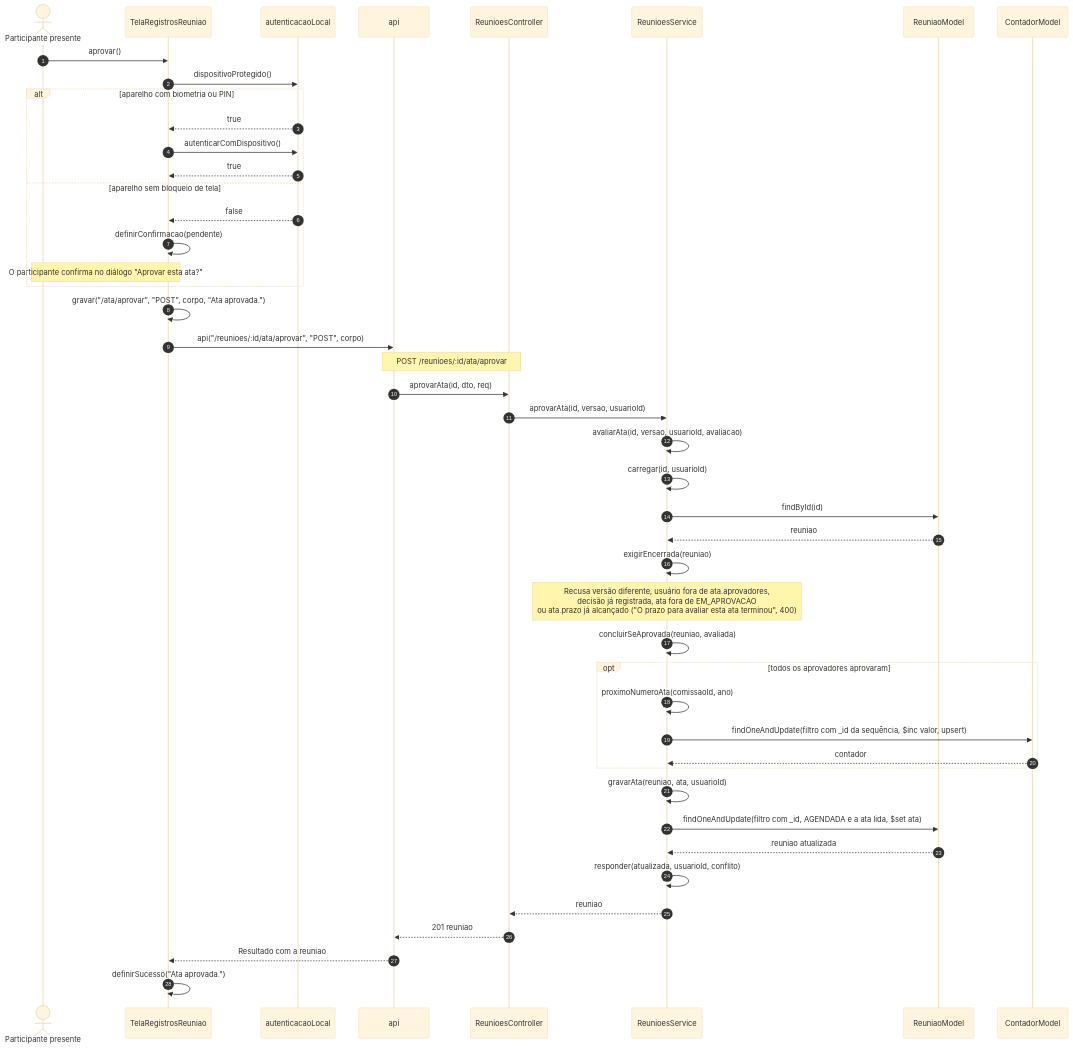
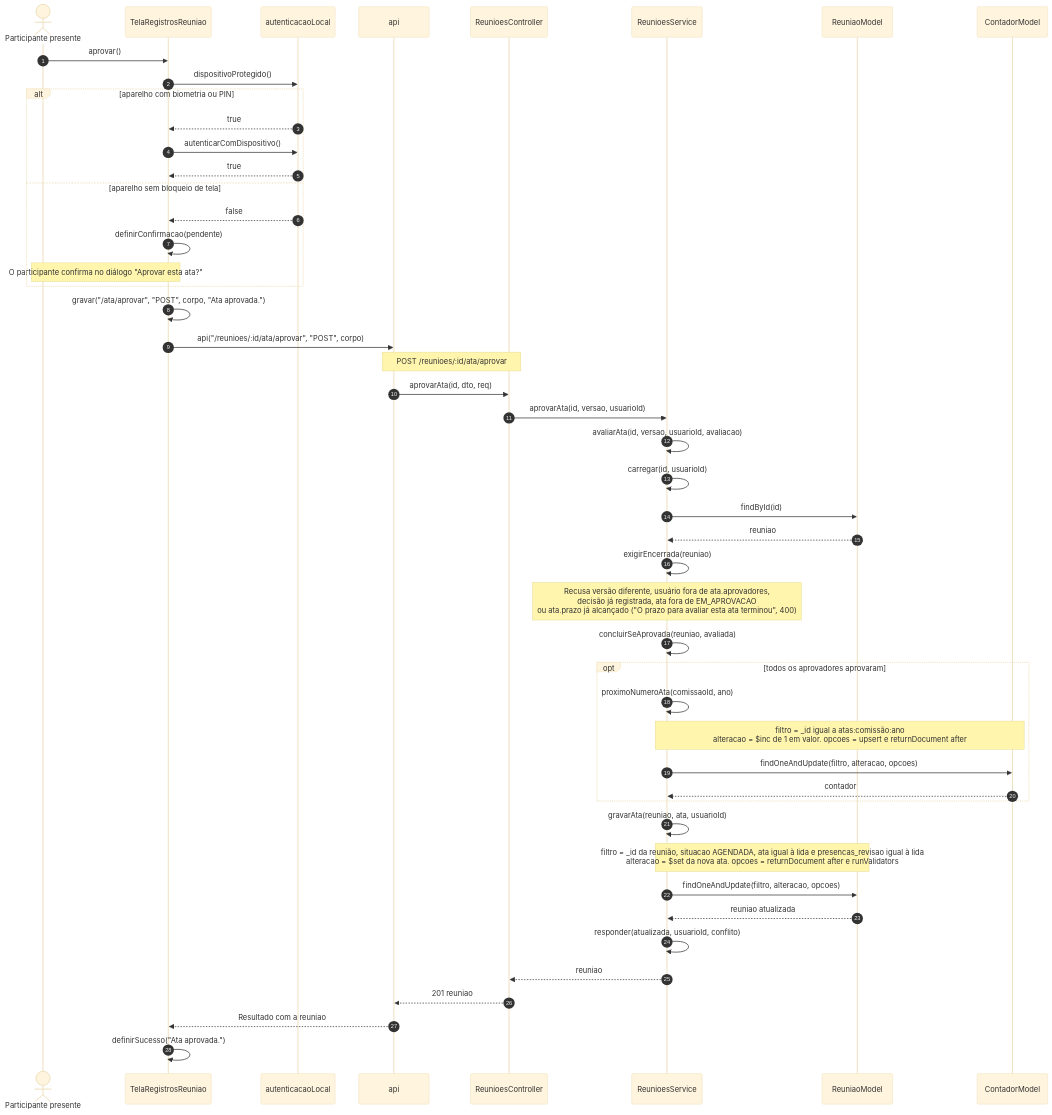
One commit to Conecta-IFSP/DOCUMENTATION changed the third of 9 diagrams in 4 - Incremento3/atas/6 - diagramas-sequencia-atas.md. Above: the diagram before and after it, drawn with Mermaid (base theme). The commit also changed other lines of this file, not shown here.

Commit message:
Troca argumentos em prosa por chamadas reais nas sequências das atas

````diff
--- a/4 - Incremento3/atas/6 - diagramas-sequencia-atas.md
+++ b/4 - Incremento3/atas/6 - diagramas-sequencia-atas.md
@@ -96,48 +98,50 @@
 ```mermaid
 sequenceDiagram
     autonumber
     actor U as Participante presente
     participant T as TelaRegistrosReuniao
     participant L as autenticacaoLocal
     participant A as api
     participant C as ReunioesController
     participant S as ReunioesService
     participant M as ReuniaoModel
     participant N as ContadorModel
     U->>T: aprovar()
     T->>L: dispositivoProtegido()
     alt aparelho com biometria ou PIN
         L-->>T: true
         T->>L: autenticarComDispositivo()
         L-->>T: true
     else aparelho sem bloqueio de tela
         L-->>T: false
         T->>T: definirConfirmacao(pendente)
         Note over U,T: O participante confirma no diálogo "Aprovar esta ata?"
     end
     T->>T: gravar("/ata/aprovar", "POST", corpo, "Ata aprovada.")
     T->>A: api("/reunioes/:id/ata/aprovar", "POST", corpo)
     Note over A,C: POST /reunioes/:id/ata/aprovar
     A->>C: aprovarAta(id, dto, req)
     C->>S: aprovarAta(id, versao, usuarioId)
     S->>S: avaliarAta(id, versao, usuarioId, avaliacao)
     S->>S: carregar(id, usuarioId)
     S->>M: findById(id)
     M-->>S: reuniao
     S->>S: exigirEncerrada(reuniao)
     Note over S: Recusa versão diferente, usuário fora de ata.aprovadores,<br/>decisão já registrada, ata fora de EM_APROVACAO<br/>ou ata.prazo já alcançado ("O prazo para avaliar esta ata terminou", 400)
     S->>S: concluirSeAprovada(reuniao, avaliada)
     opt todos os aprovadores aprovaram
         S->>S: proximoNumeroAta(comissaoId, ano)
-        S->>N: findOneAndUpdate(filtro com _id da sequência, $inc valor, upsert)
+        Note over S,N: filtro = _id igual a atas:comissão:ano<br/>alteracao = $inc de 1 em valor. opcoes = upsert e returnDocument after
+        S->>N: findOneAndUpdate(filtro, alteracao, opcoes)
         N-->>S: contador
     end
     S->>S: gravarAta(reuniao, ata, usuarioId)
-    S->>M: findOneAndUpdate(filtro com _id, AGENDADA e a ata lida, $set ata)
+    Note over S,M: filtro = _id da reunião, situacao AGENDADA, ata igual à lida e presencas_revisao igual à lida<br/>alteracao = $set da nova ata. opcoes = returnDocument after e runValidators
+    S->>M: findOneAndUpdate(filtro, alteracao, opcoes)
     M-->>S: reuniao atualizada
     S->>S: responder(atualizada, usuarioId, conflito)
     S-->>C: reuniao
     C-->>A: 201 reuniao
     A-->>T: Resultado com a reuniao
     T->>T: definirSucesso("Ata aprovada.")
 ```
````
